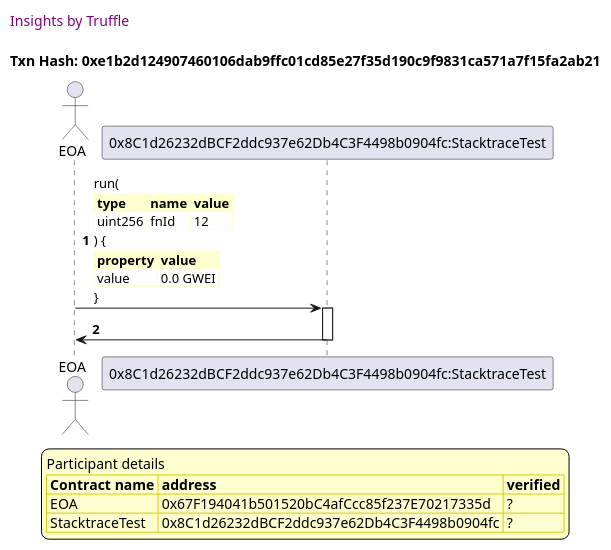
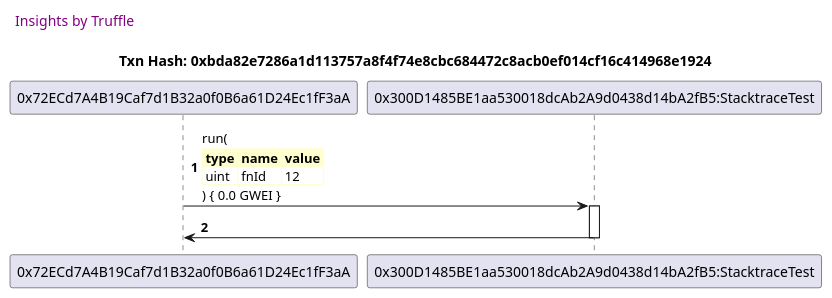
The second of 14 diagrams in truffle-seq/stacktrace.test.md (trufflesuite/txlog-seedlings), drawn with PlantUML before and after one commit. The commit also changed other lines of this file and 3 other files, not shown here.

````diff
--- a/truffle-seq/stacktrace.test.md
+++ b/truffle-seq/stacktrace.test.md
@@ -77,48 +51,30 @@
 ```plantuml
 
 
 @startuml
 
 autonumber
 skinparam legendBackgroundColor #FEFECE
 
 <style>
       header {
         HorizontalAlignment left
         FontColor purple
         FontSize 14
         Padding 10
       }
     </style>
 
 header Insights by Truffle
 
-title Txn Hash: 0xe1b2d124907460106dab9ffc01cd85e27f35d190c9f9831ca571a7f15fa2ab21
+title Txn Hash: 0xbda82e7286a1d113757a8f4f74e8cbc684472c8acb0ef014cf16c414968e1924
 
 
-actor EOA as "EOA"
-
-participant StacktraceTest as "0x8C1d26232dBCF2ddc937e62Db4C3F4498b0904fc:StacktraceTest"
-
-"EOA" -> "StacktraceTest" ++: run(\n\
+"0x72ECd7A4B19Caf7d1B32a0f0B6a61D24Ec1fF3aA" -> "0x300D1485BE1aa530018dcAb2A9d0438d14bA2fB5:StacktraceTest" ++: run(\n\
 <#FEFECE,#FEFECE>|= type |= name |= value |\n\
-| uint256 | fnId | 12 |\n\
-) {\n\
-<#FEFECE,#FEFECE>|= property |= value|\n\
-| value | 0.0 GWEI |\n\
-}
-
-"StacktraceTest" -> "EOA" --: 
-
-
-
-legend
-Participant details
-<#FEFECE,#D0D000>|= Contract name |= address |= verified |
-<#FEFECE>| EOA | 0x67F194041b501520bC4afCcc85f237E70217335d | ? |
-<#FEFECE>| StacktraceTest | 0x8C1d26232dBCF2ddc937e62Db4C3F4498b0904fc | ? |
-endlegend
-
+| uint | fnId | 12 |\n\
+) { 0.0 GWEI }
+"0x300D1485BE1aa530018dcAb2A9d0438d14bA2fB5:StacktraceTest" -> "0x72ECd7A4B19Caf7d1B32a0f0B6a61D24Ec1fF3aA" --: 
 
 @enduml
 ```
````
